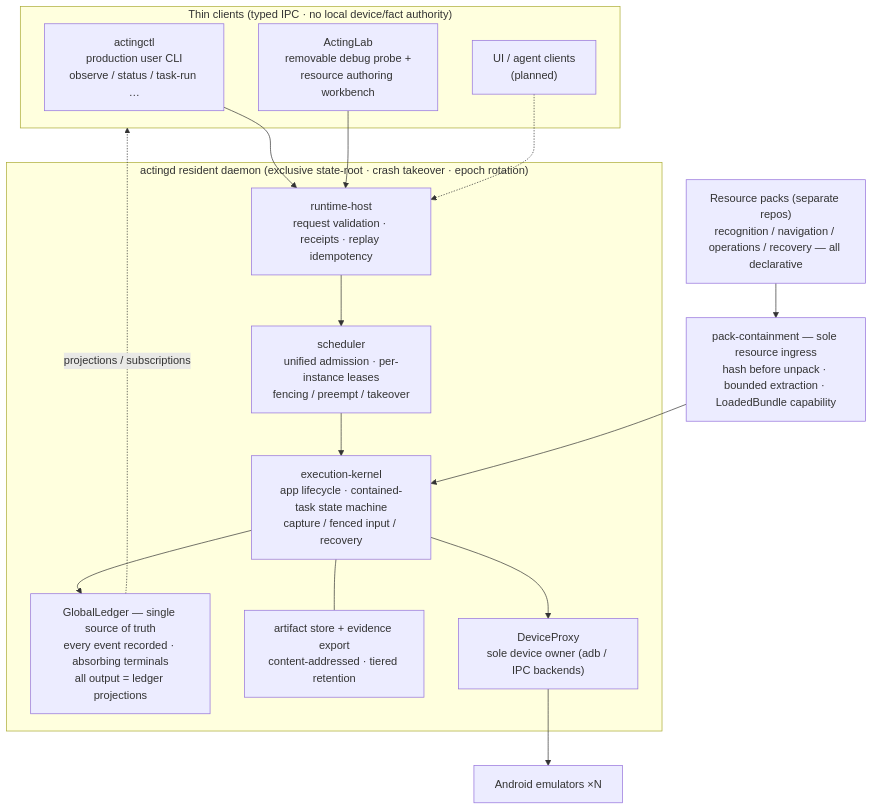
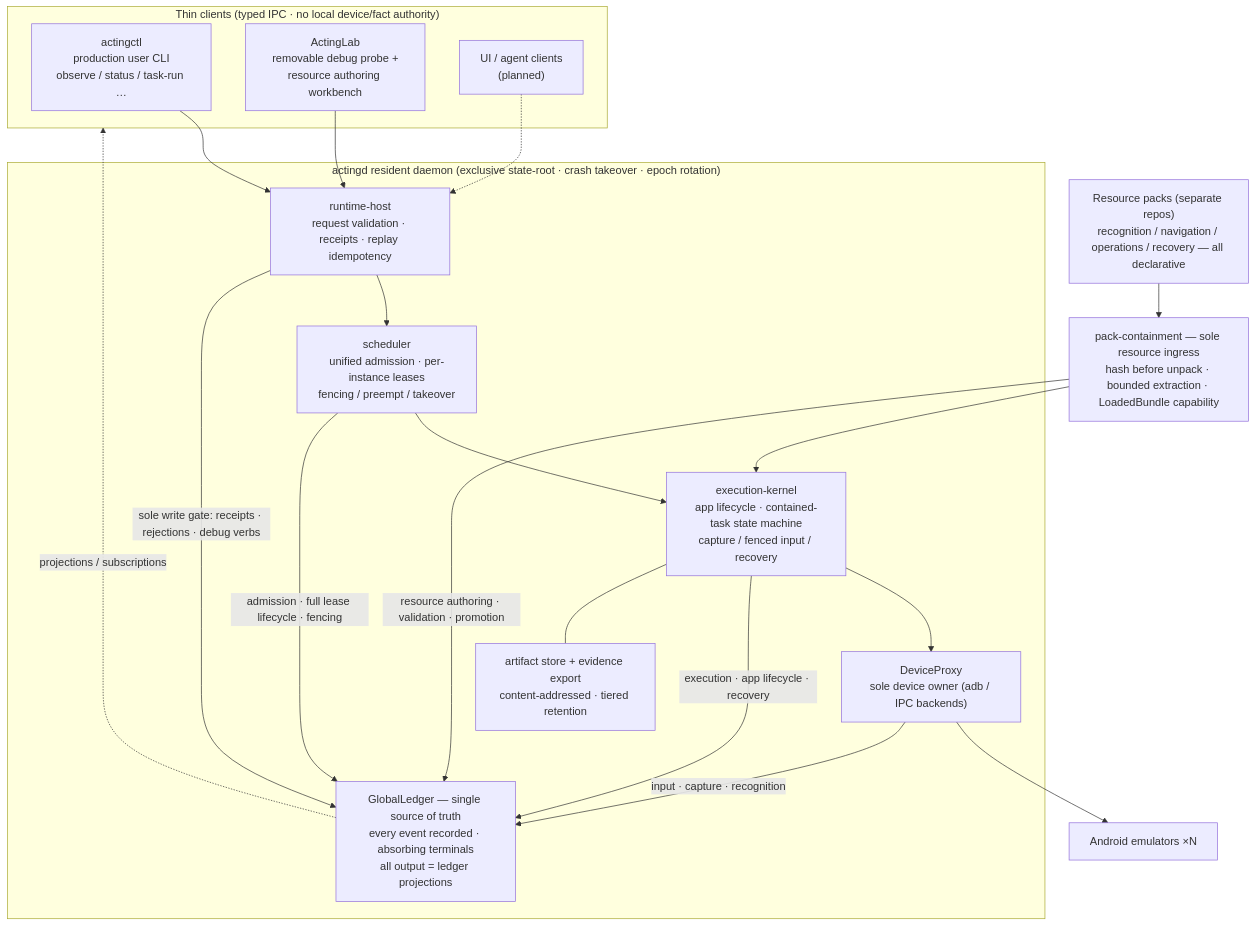
One commit to HS7097/ActingCommand-Runtime changed the diagram in README.en.md. Above: the diagram before and after it, drawn with Mermaid. The commit also changed 1 other file, not shown here.

Commit message:
docs: show real ledger event flows in architecture diagram
The GlobalLedger box previously showed only one inbound edge
(execution-kernel), under-representing reality: runtime-host is the sole
write gate and records scheduler admission/lease lifecycle, fenced input,
capture/recognition, app lifecycle and resource authoring events. Draw
those flows explicitly in both zh/en diagrams.

````diff
--- a/README.en.md
+++ b/README.en.md
@@ -15,30 +15,34 @@
 ```mermaid
 graph TD
   subgraph clients["Thin clients (typed IPC · no local device/fact authority)"]
     ctl["actingctl<br/>production user CLI<br/>observe / status / task-run …"]
     lab["ActingLab<br/>removable debug probe +<br/>resource authoring workbench"]
     fut["UI / agent clients<br/>(planned)"]
   end
 
   subgraph daemon["actingd resident daemon (exclusive state-root · crash takeover · epoch rotation)"]
     host["runtime-host<br/>request validation · receipts · replay idempotency"]
     sched["scheduler<br/>unified admission · per-instance leases<br/>fencing / preempt / takeover"]
     kernel["execution-kernel<br/>app lifecycle · contained-task state machine<br/>capture / fenced input / recovery"]
     ledger["GlobalLedger — single source of truth<br/>every event recorded · absorbing terminals<br/>all output = ledger projections"]
     store["artifact store + evidence export<br/>content-addressed · tiered retention"]
     dev["DeviceProxy<br/>sole device owner (adb / IPC backends)"]
   end
 
   contain["pack-containment — sole resource ingress<br/>hash before unpack · bounded extraction · LoadedBundle capability"]
   res["Resource packs (separate repos)<br/>recognition / navigation / operations / recovery — all declarative"]
   emu["Android emulators ×N"]
 
   ctl --> host
   lab --> host
   fut -.-> host
   host --> sched --> kernel --> dev --> emu
   res --> contain --> kernel
-  kernel --> ledger
+  host -->|sole write gate: receipts · rejections · debug verbs| ledger
+  sched -->|admission · full lease lifecycle · fencing| ledger
+  kernel -->|execution · app lifecycle · recovery| ledger
+  dev -->|input · capture · recognition| ledger
+  contain -->|resource authoring · validation · promotion| ledger
   ledger -.->|projections / subscriptions| clients
   kernel --- store
 ```
````
